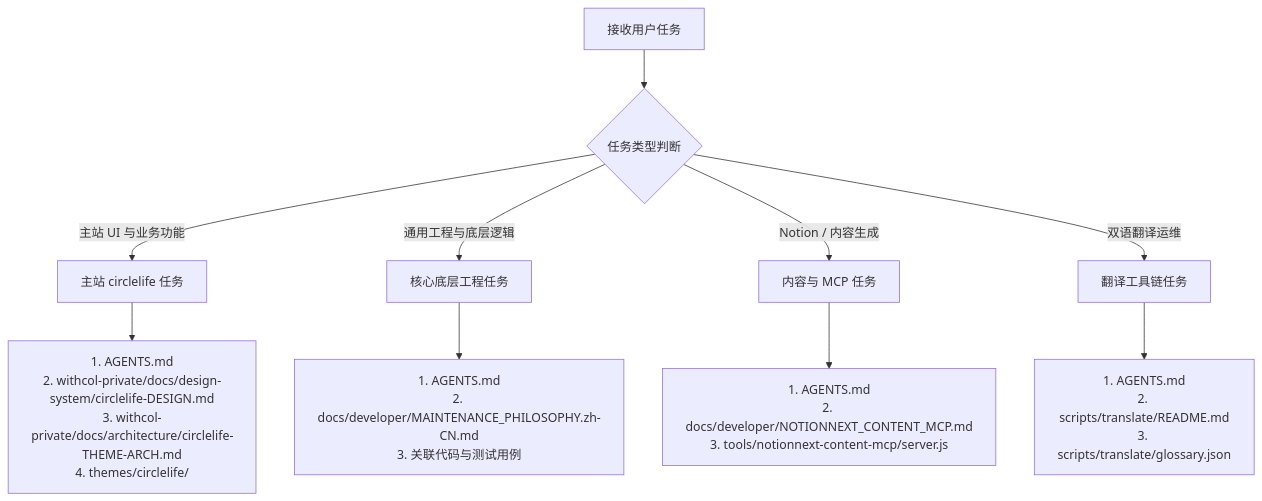
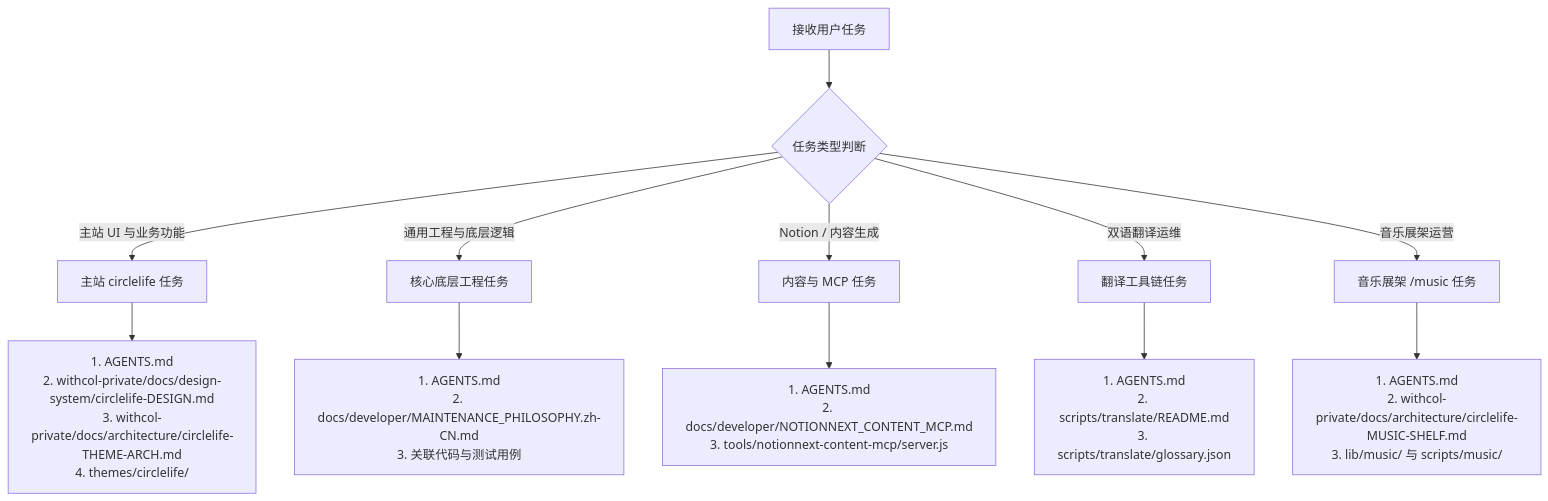
One commit to trialos/NotionNext changed the diagram in PROJECT_MAP.md. Above: the diagram before and after it, drawn with Mermaid. The commit also changed other lines of this file and 60 other files, not shown here.

First line of the commit message:
feat(music): 音乐展架 /music 上线（Notion 策展 + 本地同步脚本）

````diff
--- a/PROJECT_MAP.md
+++ b/PROJECT_MAP.md
@@ -47,13 +47,15 @@
 ```mermaid
 flowchart TD
     Task[接收用户任务] --> Type{任务类型判断}
     Type -->|主站 UI 与业务功能| RouteMain[主站 circlelife 任务]
     Type -->|通用工程与底层逻辑| RouteCore[核心底层工程任务]
     Type -->|Notion / 内容生成| RouteMCP[内容与 MCP 任务]
     Type -->|双语翻译运维| RouteTrans[翻译工具链任务]
+    Type -->|音乐展架运营| RouteMusic[音乐展架 /music 任务]
 
     RouteMain --> ReadMain["1. AGENTS.md<br>2. withcol-private/docs/design-system/circlelife-DESIGN.md<br>3. withcol-private/docs/architecture/circlelife-THEME-ARCH.md<br>4. themes/circlelife/"]
     RouteCore --> ReadCore["1. AGENTS.md<br>2. docs/developer/MAINTENANCE_PHILOSOPHY.zh-CN.md<br>3. 关联代码与测试用例"]
     RouteMCP --> ReadMCP["1. AGENTS.md<br>2. docs/developer/NOTIONNEXT_CONTENT_MCP.md<br>3. tools/notionnext-content-mcp/server.js"]
     RouteTrans --> ReadTrans["1. AGENTS.md<br>2. scripts/translate/README.md<br>3. scripts/translate/glossary.json"]
+    RouteMusic --> ReadMusic["1. AGENTS.md<br>2. withcol-private/docs/architecture/circlelife-MUSIC-SHELF.md<br>3. lib/music/ 与 scripts/music/"]
 ```
````
